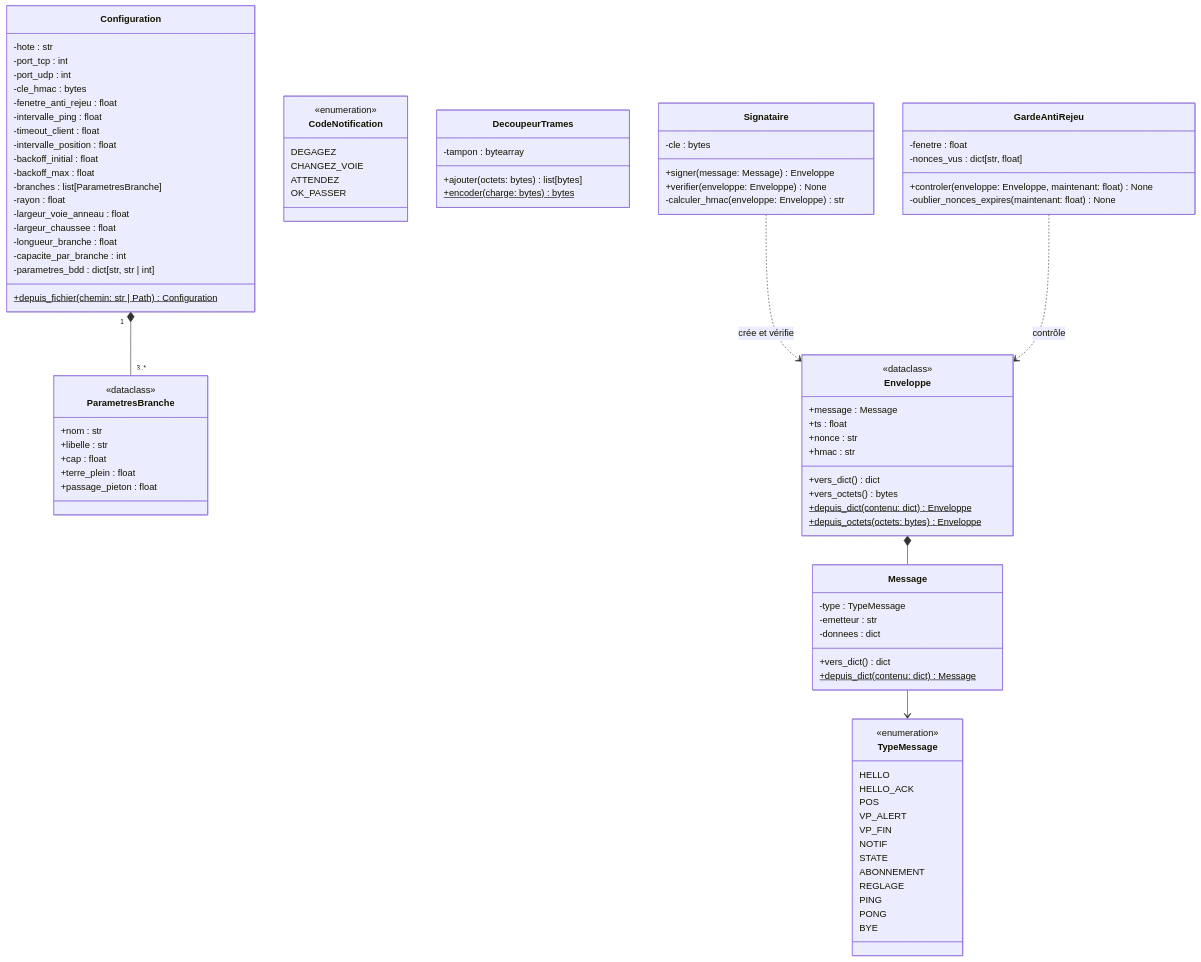
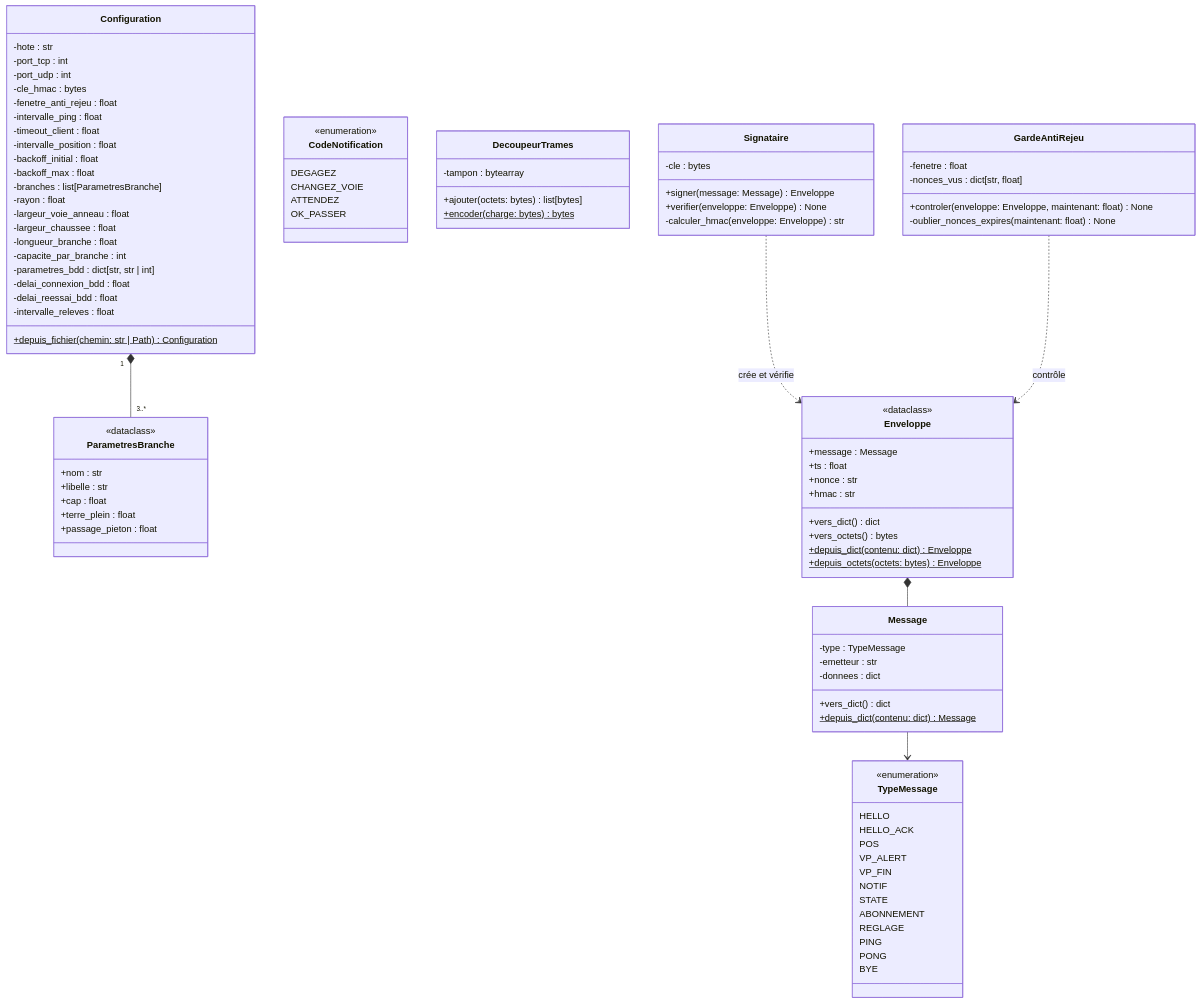
One commit to vRayzix/SAE3.02_Developper-une-application-communicante changed the second of 12 diagrams in docs/uml.md. Above: the diagram before and after it, drawn with Mermaid. The commit also changed other lines of this file, not shown here.

Commit message:
docs(uml): paquet bdd, historique du serveur et onglet Statistiques

```diff
--- a/docs/uml.md
+++ b/docs/uml.md
@@ -73,6 +81,9 @@
         -longueur_branche : float
         -capacite_par_branche : int
         -parametres_bdd : dict[str, str | int]
+        -delai_connexion_bdd : float
+        -delai_reessai_bdd : float
+        -intervalle_releves : float
         +depuis_fichier(chemin: str | Path) Configuration$
     }
 
```
